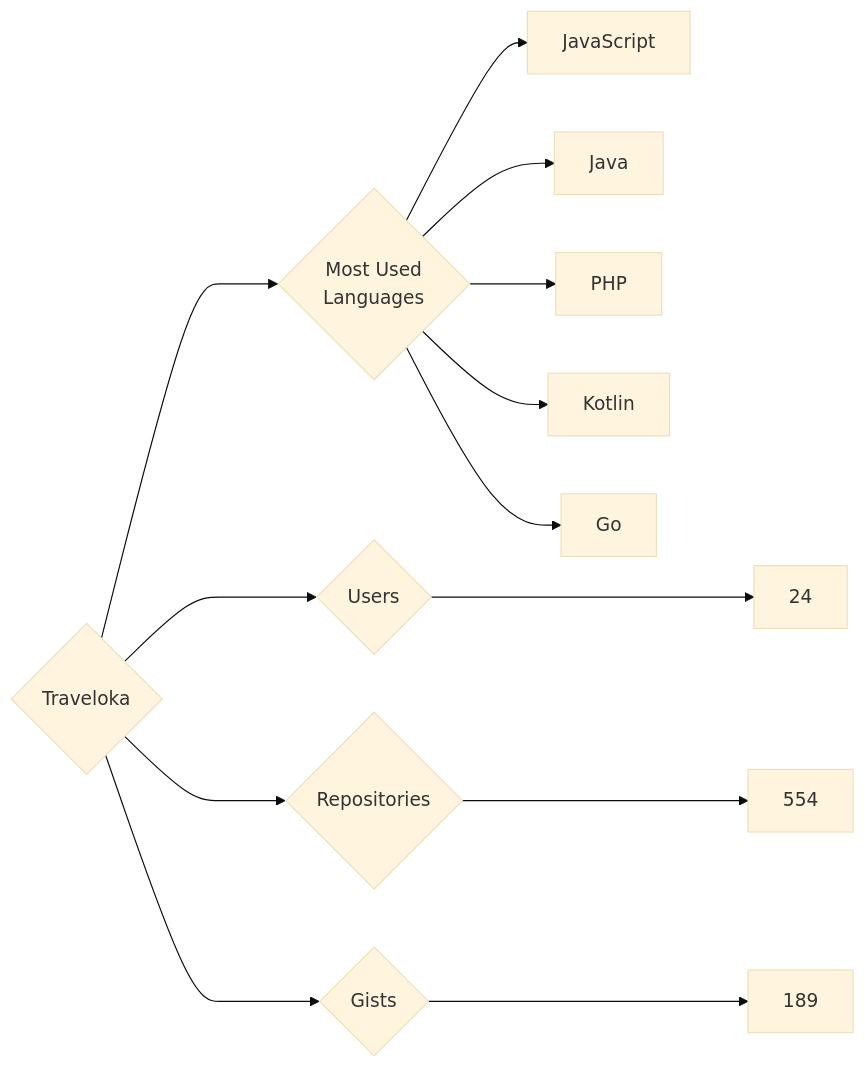
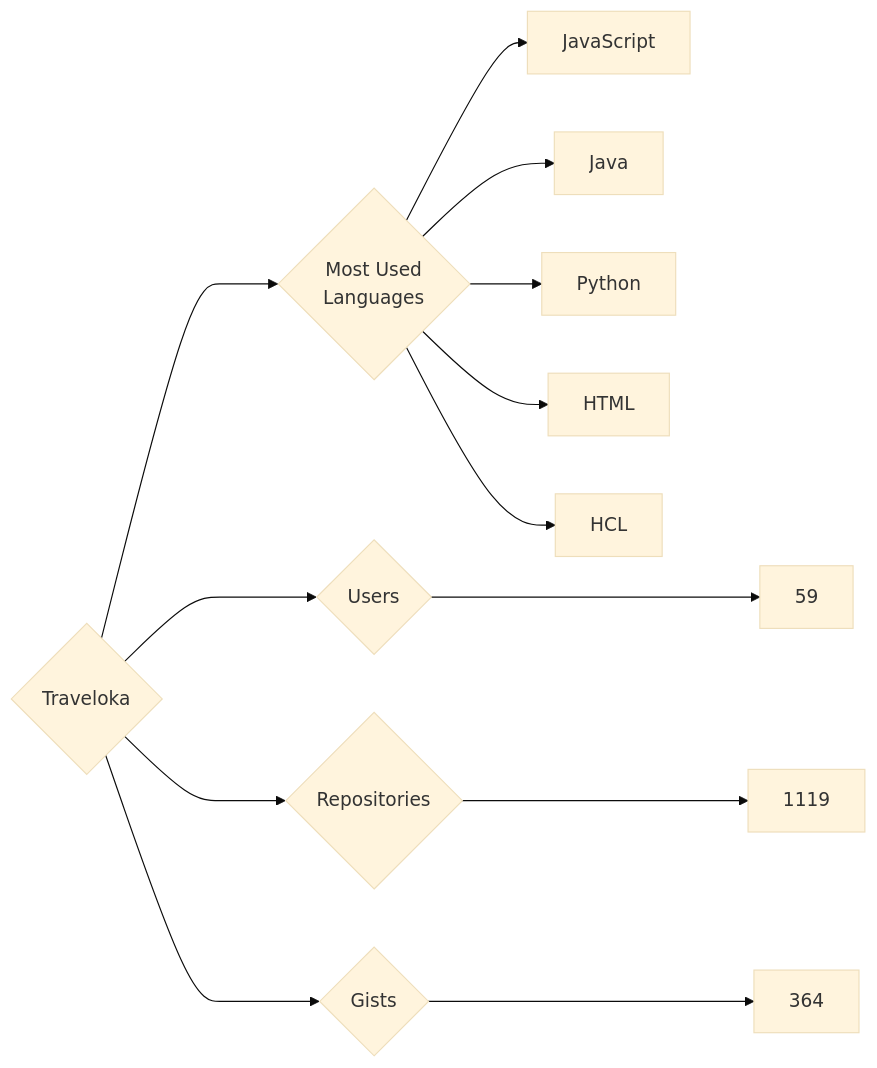
Before and after one commit to trickest/insiders: the diagram in targets/Traveloka/README.md, drawn with Mermaid (base theme). The commit also changed 765 other files, not shown here.

````diff
--- a/targets/Traveloka/README.md
+++ b/targets/Traveloka/README.md
@@ -3,13 +3,13 @@
 ```mermaid
 graph LR
 COMPANY_NAME{Traveloka}
-COMPANY_NAME ---> U{Users} ---> UN[24]
-COMPANY_NAME ---> R{Repositories} ---> RN[554]
-COMPANY_NAME ---> G{Gists} ---> GN[189]
+COMPANY_NAME ---> U{Users} ---> UN[59]
+COMPANY_NAME ---> R{Repositories} ---> RN[1119]
+COMPANY_NAME ---> G{Gists} ---> GN[364]
 COMPANY_NAME ---> ML{Most Used<br>Languages}
 ML --> JavaScript[JavaScript]
 ML --> Java[Java]
-ML --> PHP[PHP]
-ML --> Kotlin[Kotlin]
-ML --> Go[Go]
+ML --> Python[Python]
+ML --> HTML[HTML]
+ML --> HCL[HCL]
 ```
````
